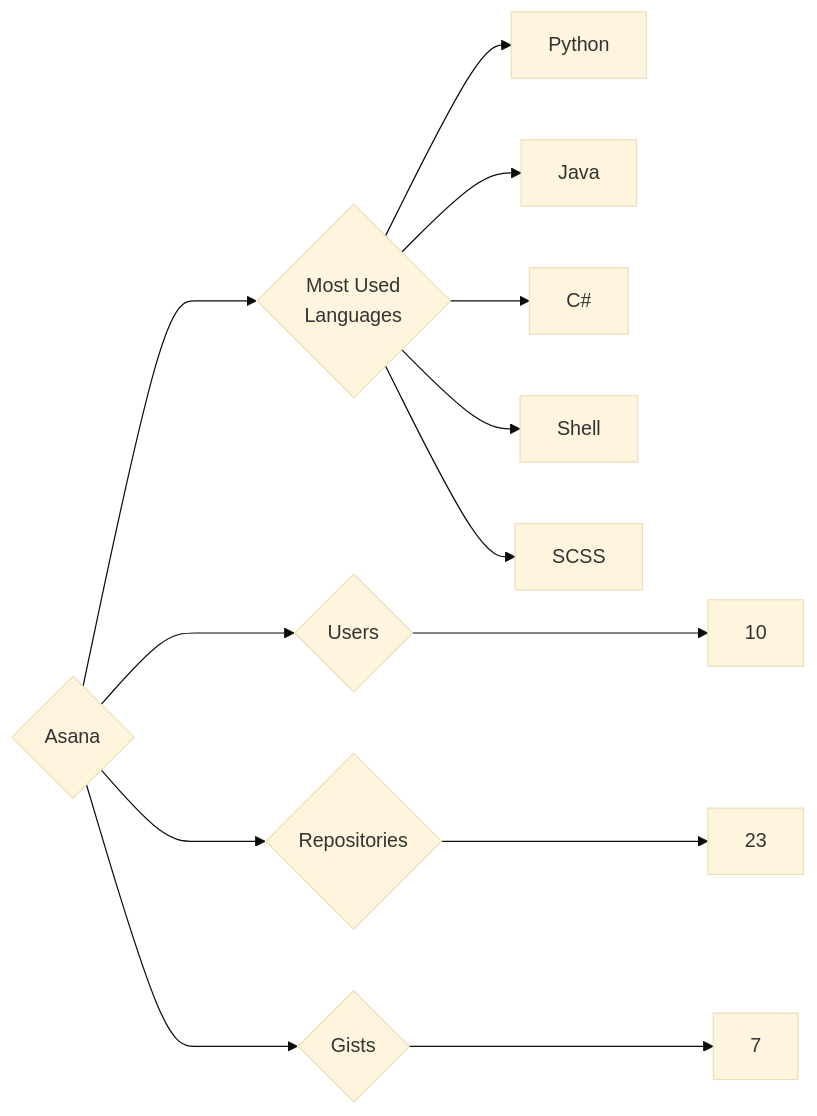
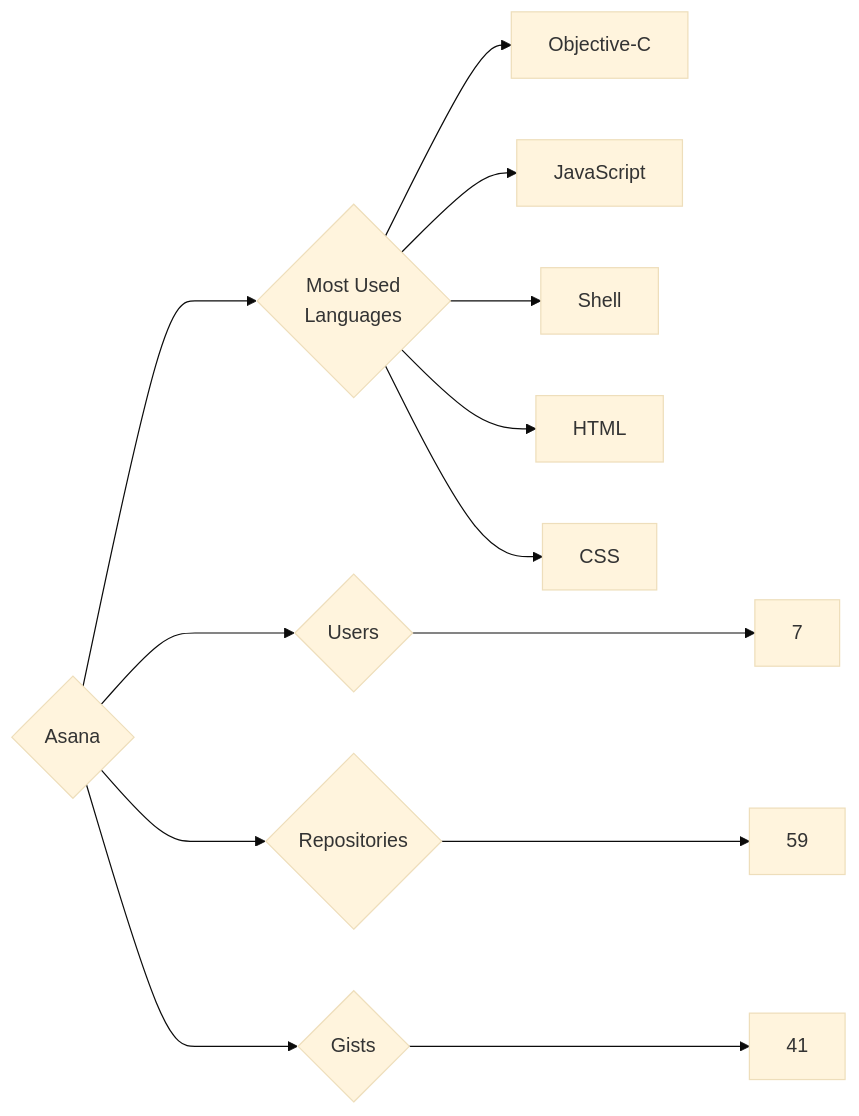
Before and after one commit to trickest/insiders: the diagram in targets/Asana/README.md, drawn with Mermaid (base theme). The commit also changed 880 other files, not shown here.

````diff
--- a/targets/Asana/README.md
+++ b/targets/Asana/README.md
@@ -3,13 +3,13 @@
 ```mermaid
 graph LR
 COMPANY_NAME{Asana}
-COMPANY_NAME ---> U{Users} ---> UN[10]
-COMPANY_NAME ---> R{Repositories} ---> RN[23]
-COMPANY_NAME ---> G{Gists} ---> GN[7]
+COMPANY_NAME ---> U{Users} ---> UN[7]
+COMPANY_NAME ---> R{Repositories} ---> RN[59]
+COMPANY_NAME ---> G{Gists} ---> GN[41]
 COMPANY_NAME ---> ML{Most Used<br>Languages}
-ML --> Python[Python]
-ML --> Java[Java]
-ML --> C#[C#]
+ML --> Objective-C[Objective-C]
+ML --> JavaScript[JavaScript]
 ML --> Shell[Shell]
-ML --> SCSS[SCSS]
+ML --> HTML[HTML]
+ML --> CSS[CSS]
 ```
````
